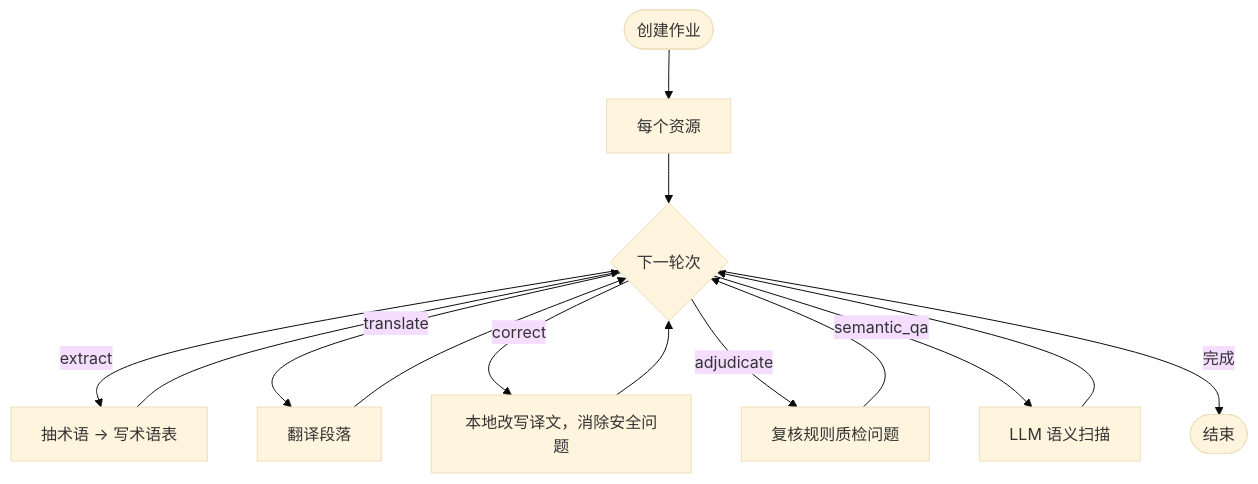
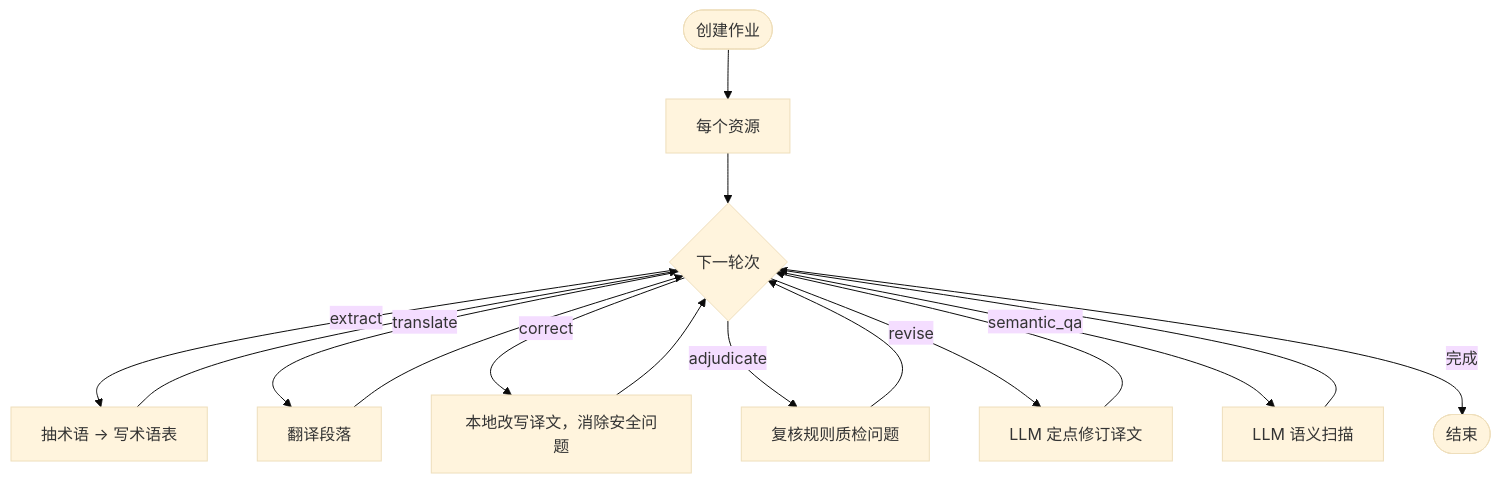
One commit to MeowSalty/LinguaFlow changed the diagram in docs/zh/guide/pipeline.md. Above: the diagram before and after it, drawn with Mermaid (base theme). The commit also changed other lines of this file and 10 other files, not shown here.

````diff
--- a/docs/zh/guide/pipeline.md
+++ b/docs/zh/guide/pipeline.md
@@ -16,16 +16,18 @@
 ```mermaid
 flowchart TD
   Start([创建作业]) --> Res[每个资源]
   Res --> Next{下一轮次}
   Next -->|extract| Ex[抽术语 → 写术语表]
   Next -->|translate| Tr[翻译段落]
   Next -->|correct| Co[本地改写译文，消除安全问题]
   Next -->|adjudicate| Ad[复核规则质检问题]
+  Next -->|revise| Re[LLM 定点修订译文]
   Next -->|semantic_qa| Sq[LLM 语义扫描]
   Next -->|完成| Done([结束])
   Ex --> Next
   Tr --> Next
   Co --> Next
   Ad --> Next
+  Re --> Next
   Sq --> Next
 ```
````
